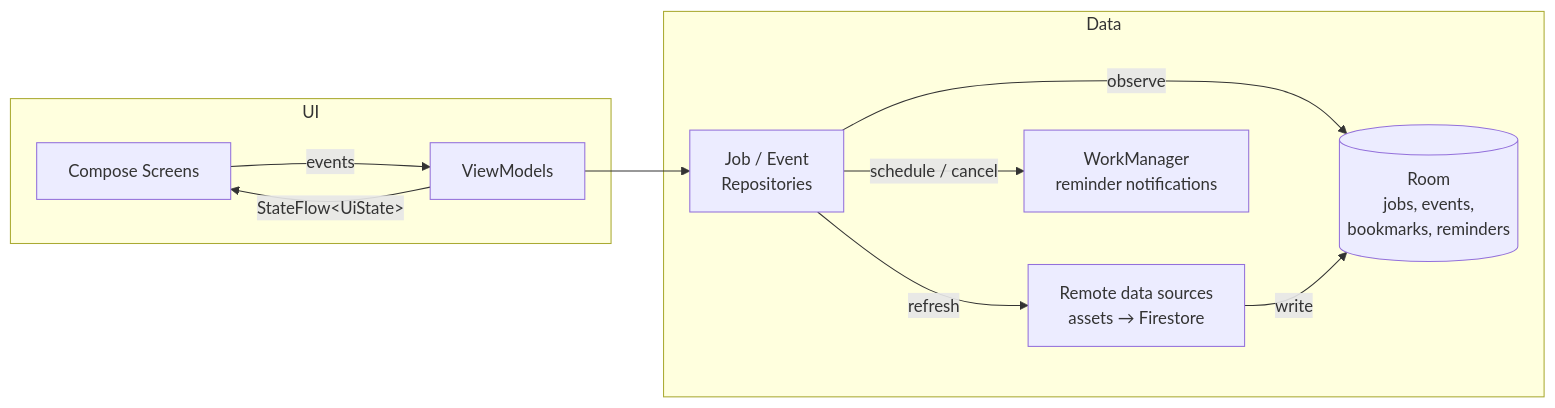
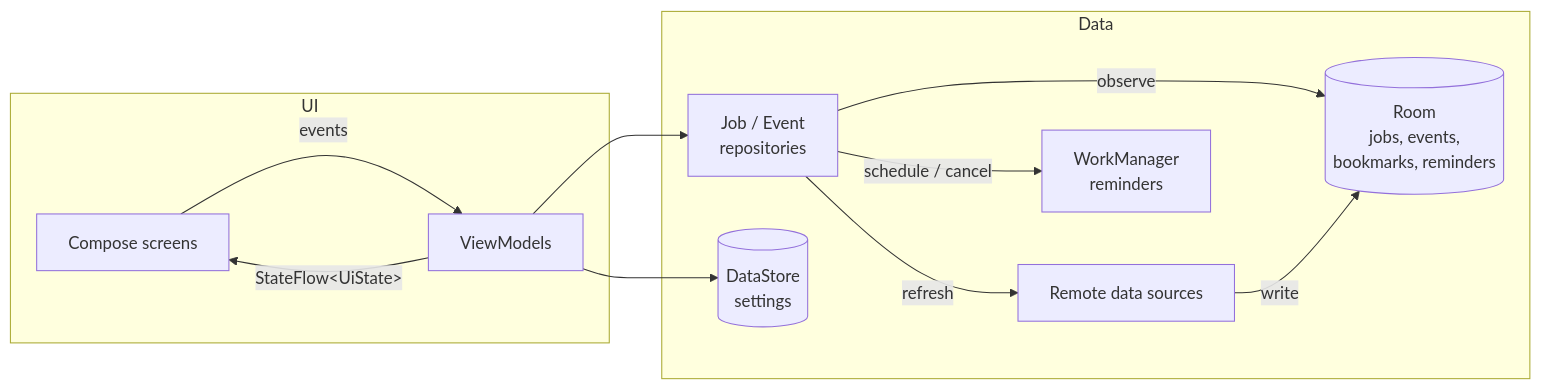
The diagram in README.md (Azvar-AlHasan/PuskarUIN), drawn with Mermaid before and after one commit. The commit also changed other lines of this file and 2 other files, not shown here.

````diff
--- a/README.md
+++ b/README.md
@@ -52,18 +71,20 @@
 ```mermaid
 flowchart LR
     subgraph UI
-        S[Compose Screens] -->|events| VM[ViewModels]
+        S[Compose screens] -->|events| VM[ViewModels]
         VM -->|StateFlow&lt;UiState&gt;| S
     end
     subgraph Data
-        R[Job / Event<br/>Repositories]
+        R[Job / Event<br/>repositories]
         DB[(Room<br/>jobs, events,<br/>bookmarks, reminders)]
-        RM[Remote data sources<br/>assets → Firestore]
-        WM[WorkManager<br/>reminder notifications]
+        RM[Remote data sources]
+        WM[WorkManager<br/>reminders]
+        DS[(DataStore<br/>settings)]
     end
     VM --> R
+    VM --> DS
     R -->|observe| DB
     R -->|refresh| RM
     RM -->|write| DB
     R -->|schedule / cancel| WM
 ```
````
